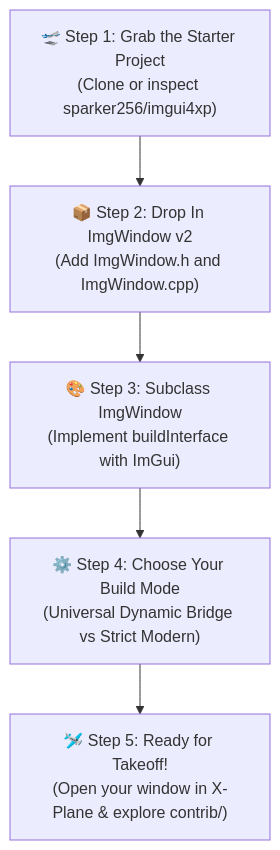
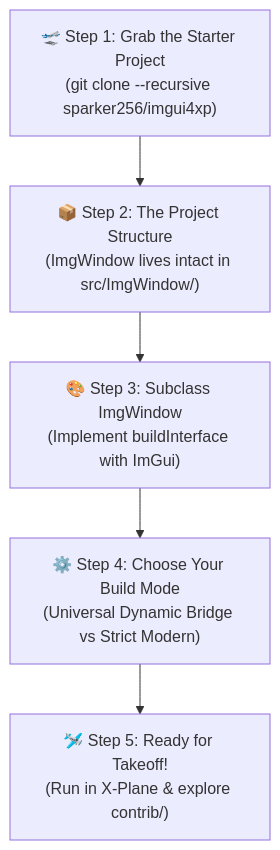
Before and after one commit to slgoldberg/ImgWindow: the first of 2 diagrams in docs/how-to/Get-Started-With-ImgWindow.md, drawn with Mermaid. The commit also changed other lines of this file and 1 other file, not shown here.

First line of the commit message:
docs: clarify submodule architecture and in-situ workflow in TripTik 1

````diff
--- a/docs/how-to/Get-Started-With-ImgWindow.md
+++ b/docs/how-to/Get-Started-With-ImgWindow.md
@@ -14,10 +14,10 @@
 ```mermaid
 flowchart TD
-    Stop1["🛫 Step 1: Grab the Starter Project\n(Clone or inspect sparker256/imgui4xp)"]
-    Stop2["📦 Step 2: Drop In ImgWindow v2\n(Add ImgWindow.h and ImgWindow.cpp)"]
+    Stop1["🛫 Step 1: Grab the Starter Project\n(git clone --recursive sparker256/imgui4xp)"]
+    Stop2["📦 Step 2: The Project Structure\n(ImgWindow lives intact in src/ImgWindow/)"]
     Stop3["🎨 Step 3: Subclass ImgWindow\n(Implement buildInterface with ImGui)"]
     Stop4["⚙️ Step 4: Choose Your Build Mode\n(Universal Dynamic Bridge vs Strict Modern)"]
-    Stop5["🛩️ Step 5: Ready for Takeoff!\n(Open your window in X-Plane & explore contrib/)"]
+    Stop5["🛩️ Step 5: Ready for Takeoff!\n(Run in X-Plane & explore contrib/)"]
 
     Stop1 --> Stop2 --> Stop3 --> Stop4 --> Stop5
 ```
````
